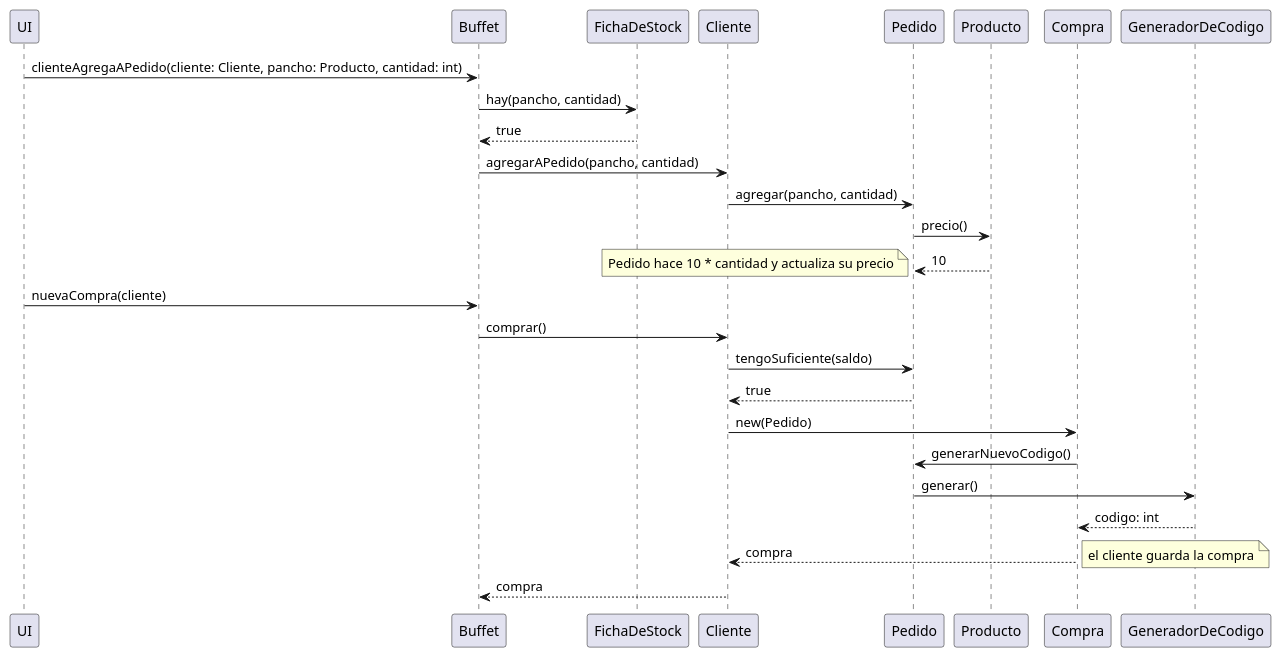
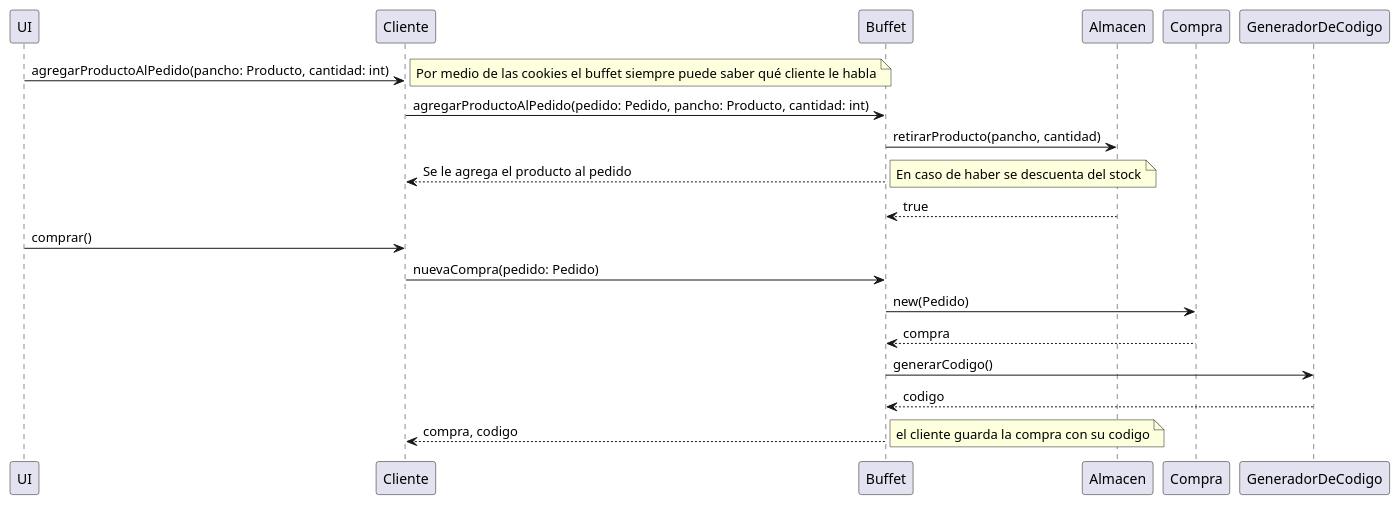
One commit to ariana-salese/DNT-TakeAwayNow changed the diagram in diagramas/diagramaCompro5PanchosVeganos.puml. Above: the diagram before and after it, drawn with PlantUML. The commit also changed 1 other file, not shown here.

```diff
--- a/diagramas/diagramaCompro5PanchosVeganos.puml
+++ b/diagramas/diagramaCompro5PanchosVeganos.puml
@@ -1,35 +1,25 @@
 @startuml
 
-UI -> Buffet: clienteAgregaAPedido(cliente: Cliente, pancho: Producto, cantidad: int)
-Buffet -> FichaDeStock: hay(pancho, cantidad)
-FichaDeStock --> Buffet: true
-Buffet -> Cliente: agregarAPedido(pancho, cantidad)
-Cliente -> Pedido: agregar(pancho, cantidad)
-Pedido -> Producto: precio()
-Producto --> Pedido: 10
+UI -> Cliente: agregarProductoAlPedido(pancho: Producto, cantidad: int)
 
-note left: Pedido hace 10 * cantidad y actualiza su precio
+note right: Por medio de las cookies el buffet siempre puede saber qué cliente le habla
 
-UI -> Buffet: nuevaCompra(cliente)
-Buffet -> Cliente: comprar()
-Cliente -> Pedido: tengoSuficiente(saldo)
-Pedido --> Cliente: true
-Cliente -> Compra: new(Pedido)
-Compra -> Pedido: generarNuevoCodigo()
-Pedido -> GeneradorDeCodigo: generar()
-GeneradorDeCodigo --> Compra: codigo: int
-Compra --> Cliente: compra
+Cliente -> Buffet: agregarProductoAlPedido(pedido: Pedido, pancho: Producto, cantidad: int)
+Buffet -> Almacen: retirarProducto(pancho, cantidad)
+Buffet --> Cliente: Se le agrega el producto al pedido
 
-note right: el cliente guarda la compra
+note right: En caso de haber se descuenta del stock
 
-Cliente --> Buffet: compra
+Almacen --> Buffet: true
 
-' UI -> Cliente: agregarProductoAPedido(pancho: Producto, cantidad: int)
-' Cliente -> Pedido: agregarProducto(pancho, cantidad)
-' Pedido -> Producto: getPrecio()
-' Producto --> Pedido: precio
-' UI -> Cliente: comprar()
-' Cliente -> Pedido: ()
-' Cliente -> Compra: 
+UI -> Cliente: comprar()
+Cliente -> Buffet: nuevaCompra(pedido: Pedido)
+Buffet-> Compra: new(Pedido)
+Compra --> Buffet: compra
+Buffet -> GeneradorDeCodigo: generarCodigo()
+GeneradorDeCodigo --> Buffet: codigo
+Buffet --> Cliente: compra, codigo
+
+note right: el cliente guarda la compra con su codigo
 
 @enduml
```
